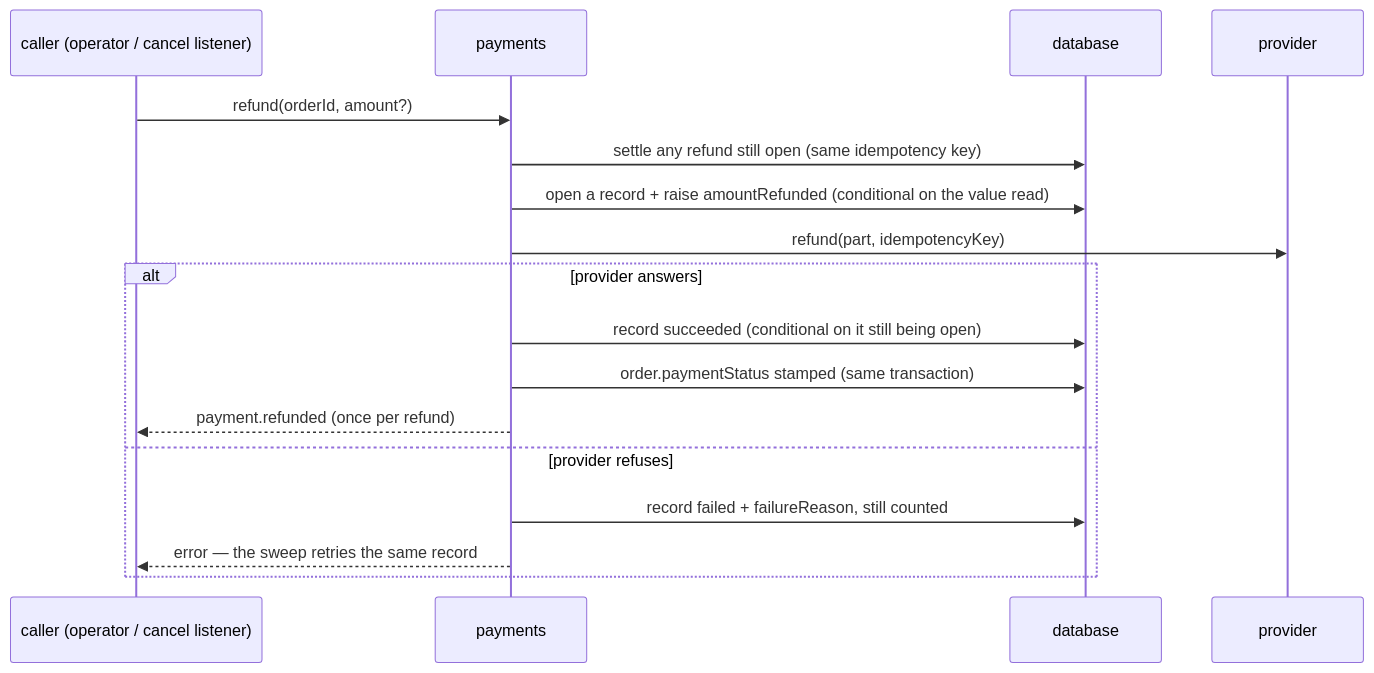
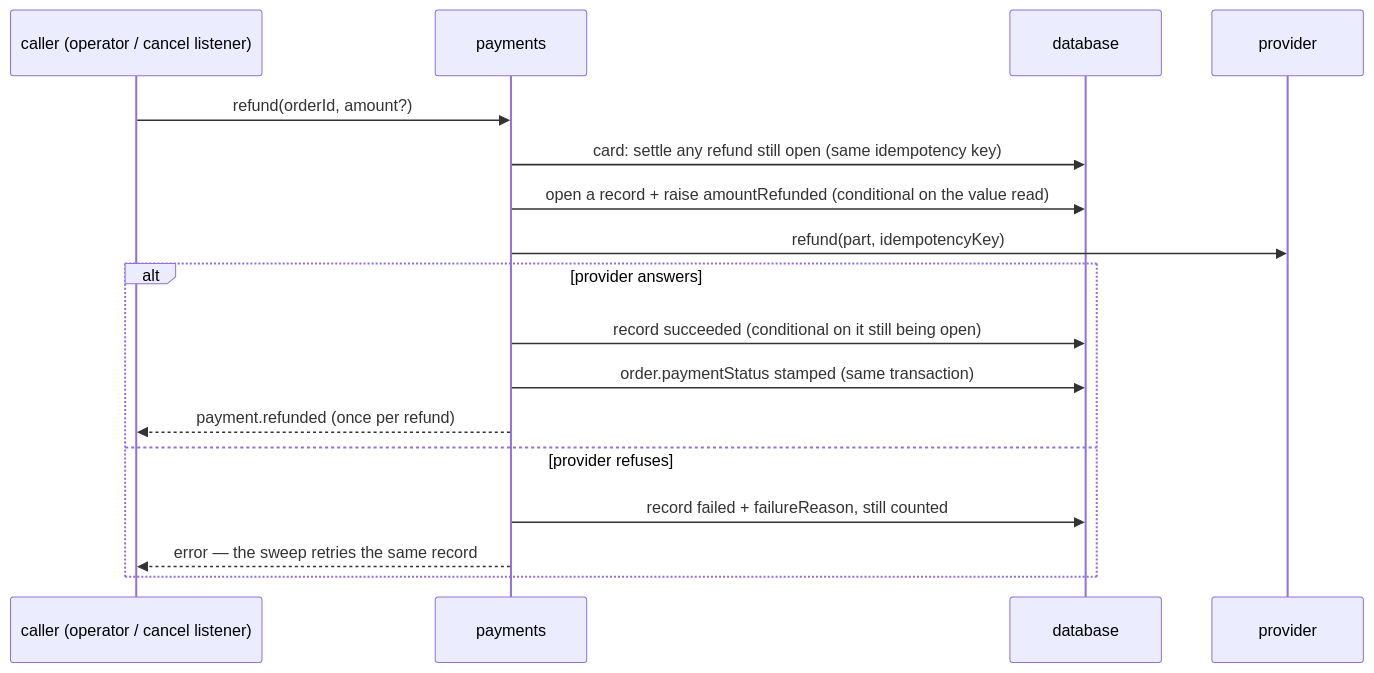
Before and after one commit to Guebbit/boilerplate-node-backend: the seventh of 12 diagrams in docs/modules/payments.md, drawn with Mermaid. The commit also changed other lines of this file and 27 other files, not shown here.

First line of the commit message:
fix(payments): hand-paid refunds only open; settleRefundByHand confirms; actions on every write

````diff
--- a/docs/modules/payments.md
+++ b/docs/modules/payments.md
@@ -356,19 +375,19 @@
 ```mermaid
 sequenceDiagram
     participant C as caller (operator / cancel listener)
     participant P as payments
     participant D as database
     participant V as provider
     C->>P: refund(orderId, amount?)
-    P->>D: settle any refund still open (same idempotency key)
+    P->>D: card: settle any refund still open (same idempotency key)
     P->>D: open a record + raise amountRefunded (conditional on the value read)
     P->>V: refund(part, idempotencyKey)
     alt provider answers
         P->>D: record succeeded (conditional on it still being open)
         P->>D: order.paymentStatus stamped (same transaction)
         P-->>C: payment.refunded (once per refund)
     else provider refuses
         P->>D: record failed + failureReason, still counted
         P-->>C: error — the sweep retries the same record
     end
 ```
````
